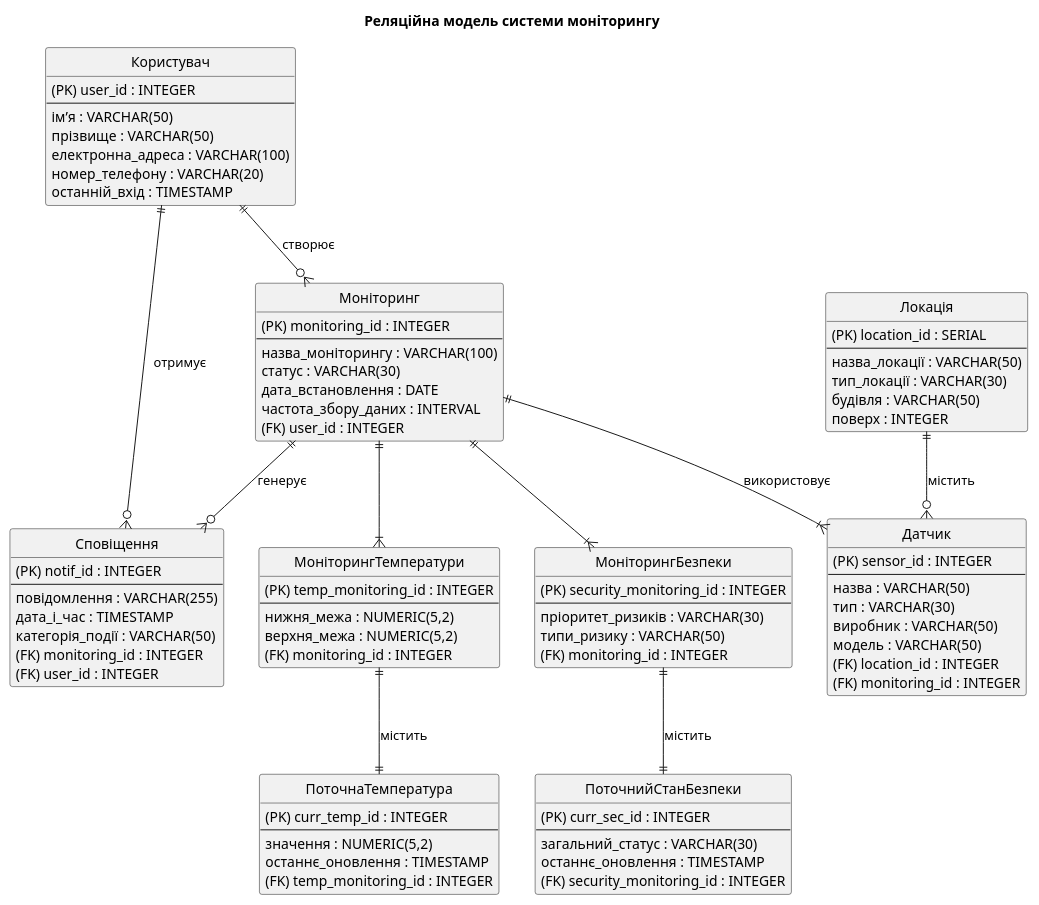
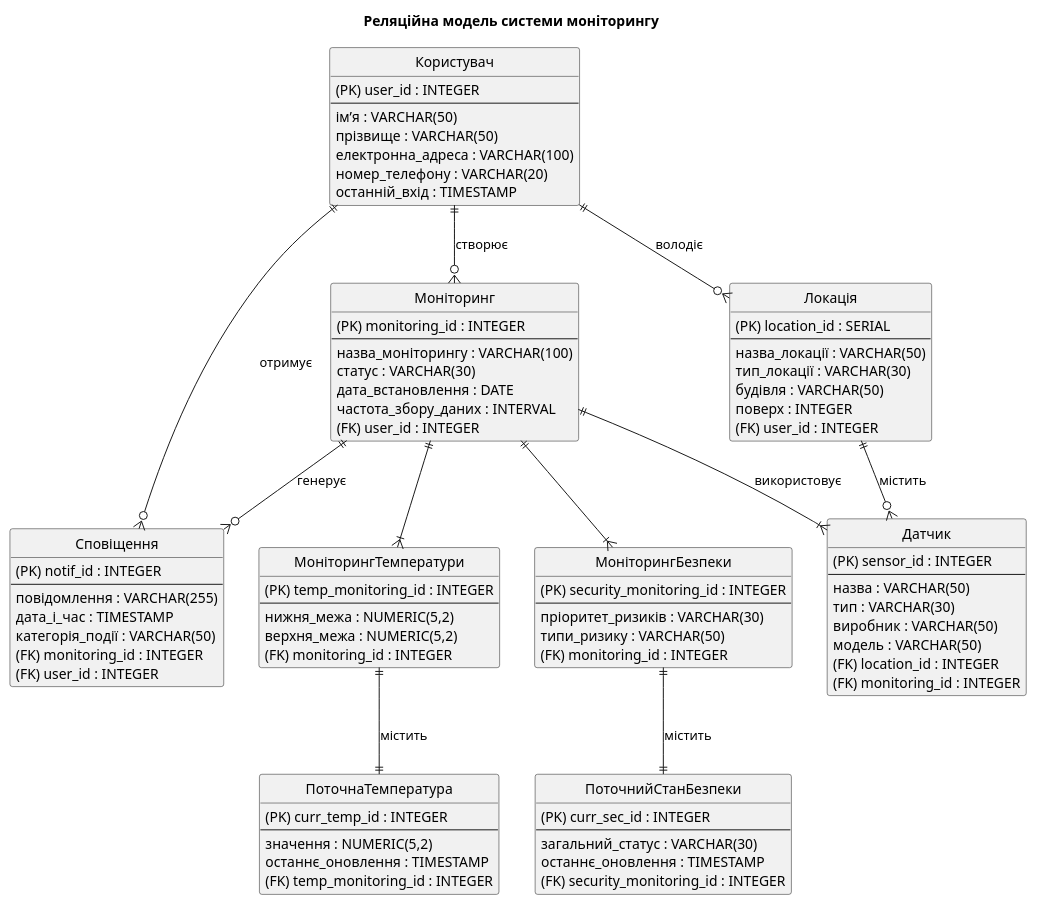
One commit to Julik52/NFR_Files changed the diagram in RelLogicalSchema.puml. Above: the diagram before and after it, drawn with PlantUML.

```diff
--- a/RelLogicalSchema.puml
+++ b/RelLogicalSchema.puml
@@ -1,99 +1,101 @@
 @startuml
 title Реляційна модель системи моніторингу
 
 hide circle
 
 entity "Користувач" as user {
   (PK) user_id : INTEGER 
   --
   ім’я : VARCHAR(50)
   прізвище : VARCHAR(50)
   електронна_адреса : VARCHAR(100)
   номер_телефону : VARCHAR(20)
   останній_вхід : TIMESTAMP
 }
 
 entity "Моніторинг" as monitoring {
   (PK) monitoring_id : INTEGER
   --
   назва_моніторингу : VARCHAR(100)
   статус : VARCHAR(30)
   дата_встановлення : DATE
   частота_збору_даних : INTERVAL
   (FK) user_id : INTEGER
 }
 
 entity "МоніторингТемператури" as tempMon {
   (PK) temp_monitoring_id : INTEGER
   --
   нижня_межа : NUMERIC(5,2)
   верхня_межа : NUMERIC(5,2)
   (FK) monitoring_id : INTEGER
 }
 
 entity "МоніторингБезпеки" as secMon {
   (PK) security_monitoring_id : INTEGER
   --
   пріоритет_ризиків : VARCHAR(30)
   типи_ризику : VARCHAR(50)
   (FK) monitoring_id : INTEGER
 }
 
 entity "ПоточнаТемпература" as currTemp {
   (PK) curr_temp_id : INTEGER
   --
   значення : NUMERIC(5,2)
   останнє_оновлення : TIMESTAMP
   (FK) temp_monitoring_id : INTEGER
 }
 
 entity "ПоточнийСтанБезпеки" as currSec {
   (PK) curr_sec_id : INTEGER
   --
   загальний_статус : VARCHAR(30)
   останнє_оновлення : TIMESTAMP
   (FK) security_monitoring_id : INTEGER
 }
 
 entity "Сповіщення" as notif {
   (PK) notif_id : INTEGER
   --
   повідомлення : VARCHAR(255)
   дата_і_час : TIMESTAMP
   категорія_події : VARCHAR(50)
   (FK) monitoring_id : INTEGER
   (FK) user_id : INTEGER
 }
 
 entity "Датчик" as sensor {
   (PK) sensor_id : INTEGER
   --
   назва : VARCHAR(50)
   тип : VARCHAR(30)
   виробник : VARCHAR(50)
   модель : VARCHAR(50)
   (FK) location_id : INTEGER
   (FK) monitoring_id : INTEGER
 }
 
 entity "Локація" as location {
   (PK) location_id : SERIAL
   --
   назва_локації : VARCHAR(50)
   тип_локації : VARCHAR(30)
   будівля : VARCHAR(50)
   поверх : INTEGER
+  (FK) user_id : INTEGER
 }
 
 ' --- Зв’язки ---
 user ||--o{ monitoring : створює
 monitoring ||--|{ tempMon
 monitoring ||--|{ secMon
 tempMon ||--|| currTemp : містить
 secMon ||--|| currSec : містить
 monitoring ||--|{ sensor : використовує
 location ||--o{ sensor : містить
 monitoring ||--o{ notif : генерує
 user ||--o{ notif : отримує
+user ||--o{ location : володіє
 
 @enduml
```
